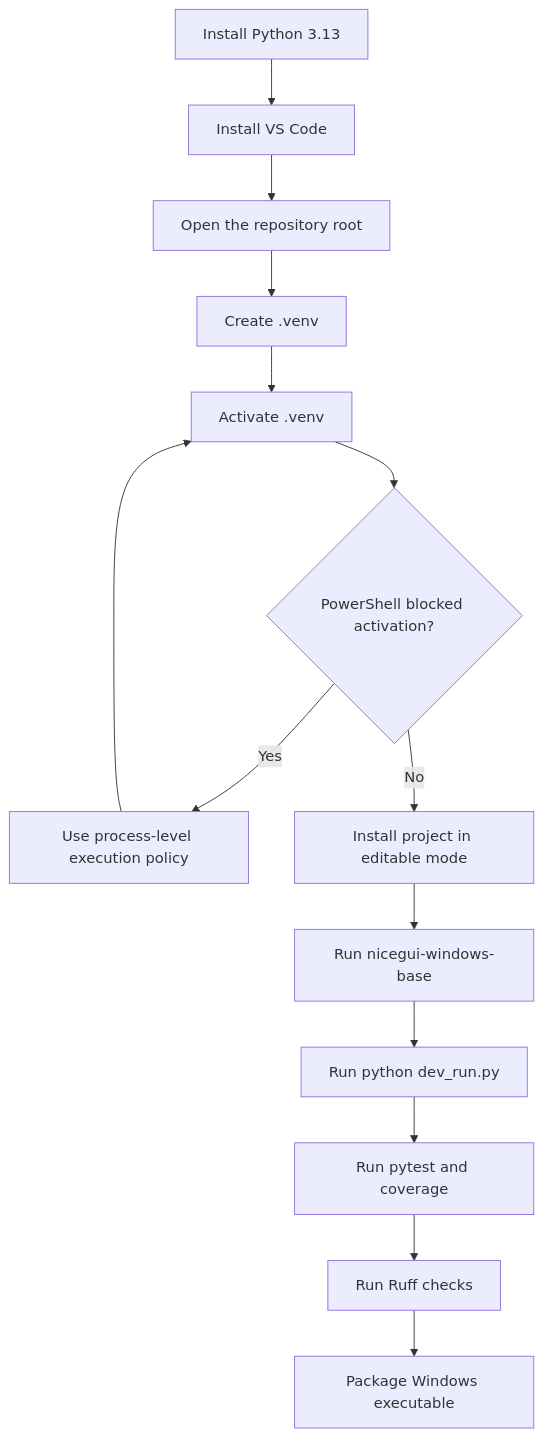
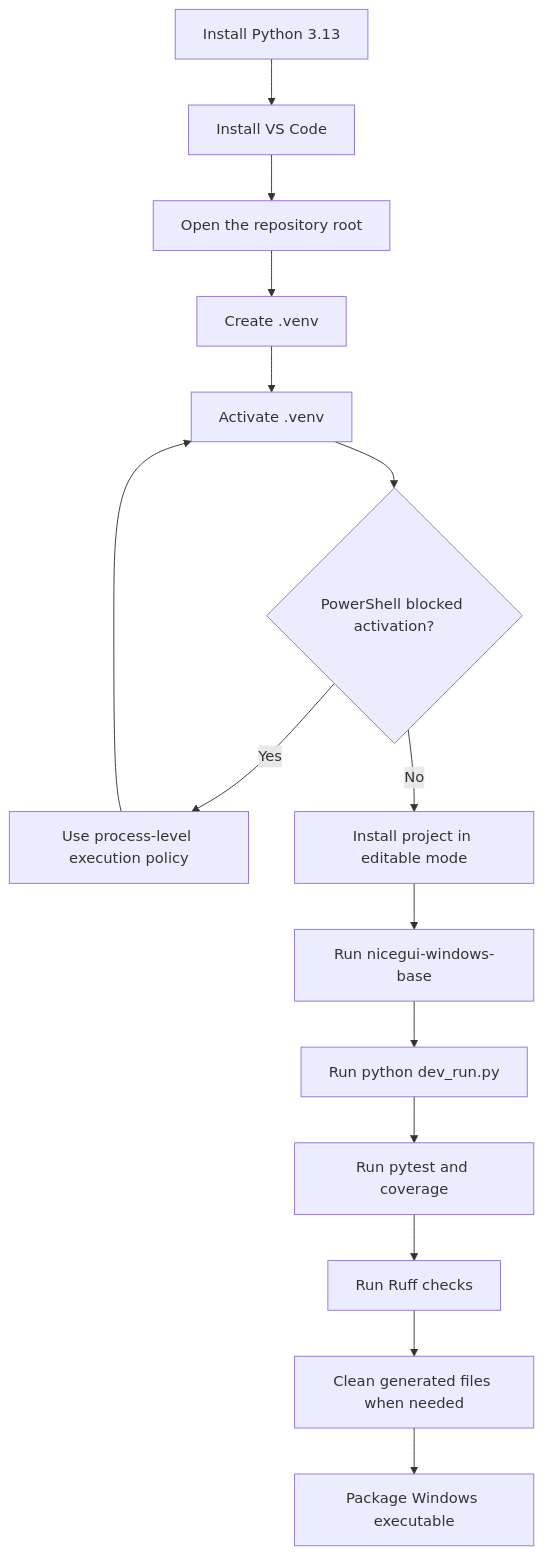
One commit to Fonze81/NiceGui-Windows-Base changed the diagram in docs/development_environment.md. Above: the diagram before and after it, drawn with Mermaid. The commit also changed other lines of this file and 40 other files, not shown here.

````diff
--- a/docs/development_environment.md
+++ b/docs/development_environment.md
@@ -23,16 +23,17 @@
 ```mermaid
 flowchart TD
     A[Install Python 3.13] --> B[Install VS Code]
     B --> C[Open the repository root]
     C --> D[Create .venv]
     D --> E[Activate .venv]
     E --> F{PowerShell blocked activation?}
     F -- Yes --> G[Use process-level execution policy]
     G --> E
     F -- No --> H[Install project in editable mode]
     H --> I[Run nicegui-windows-base]
     I --> J[Run python dev_run.py]
     J --> K[Run pytest and coverage]
     K --> L[Run Ruff checks]
-    L --> M[Package Windows executable]
+    L --> M[Clean generated files when needed]
+    M --> N[Package Windows executable]
 ```
````
